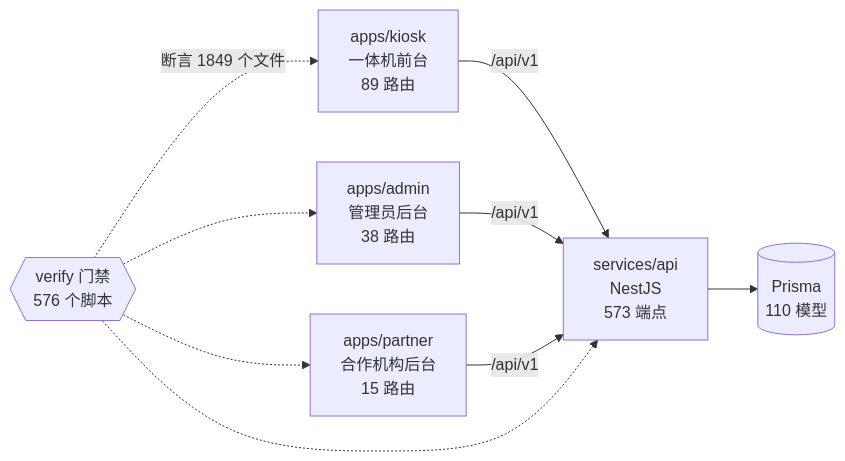
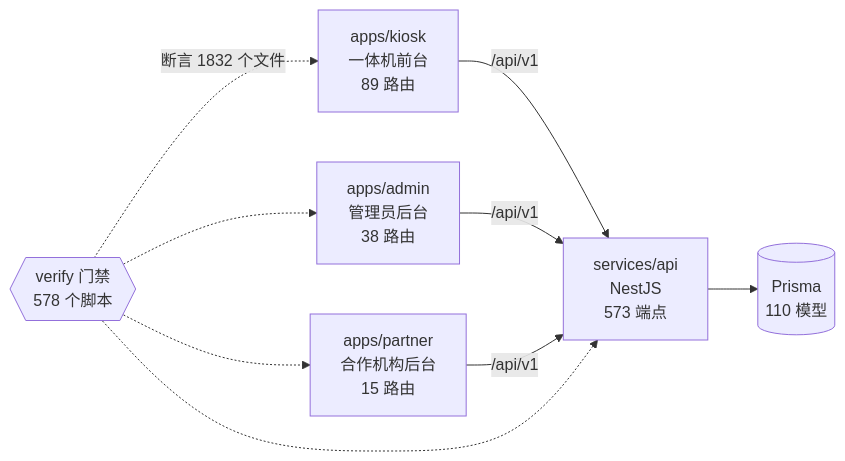
One commit to wanglei581/YITIJI changed the diagram in docs/graph/README.md. Above: the diagram before and after it, drawn with Mermaid. The commit also changed other lines of this file and 1 other file, not shown here.

Commit message:
chore(graph): #1226 #1228 #1229 合入后重生图谱

````diff
--- a/docs/graph/README.md
+++ b/docs/graph/README.md
@@ -68,18 +68,18 @@
 ```mermaid
 flowchart LR
   kiosk["apps/kiosk<br/>一体机前台<br/>89 路由"]
   admin["apps/admin<br/>管理员后台<br/>38 路由"]
   partner["apps/partner<br/>合作机构后台<br/>15 路由"]
   api["services/api<br/>NestJS<br/>573 端点"]
   db[("Prisma<br/>110 模型")]
-  gates{{"verify 门禁<br/>576 个脚本"}}
+  gates{{"verify 门禁<br/>578 个脚本"}}
 
   kiosk -->|"/api/v1"| api
   admin -->|"/api/v1"| api
   partner -->|"/api/v1"| api
   api --> db
-  gates -.->|"断言 1849 个文件"| kiosk
+  gates -.->|"断言 1832 个文件"| kiosk
   gates -.-> admin
   gates -.-> partner
   gates -.-> api
 ```
````
